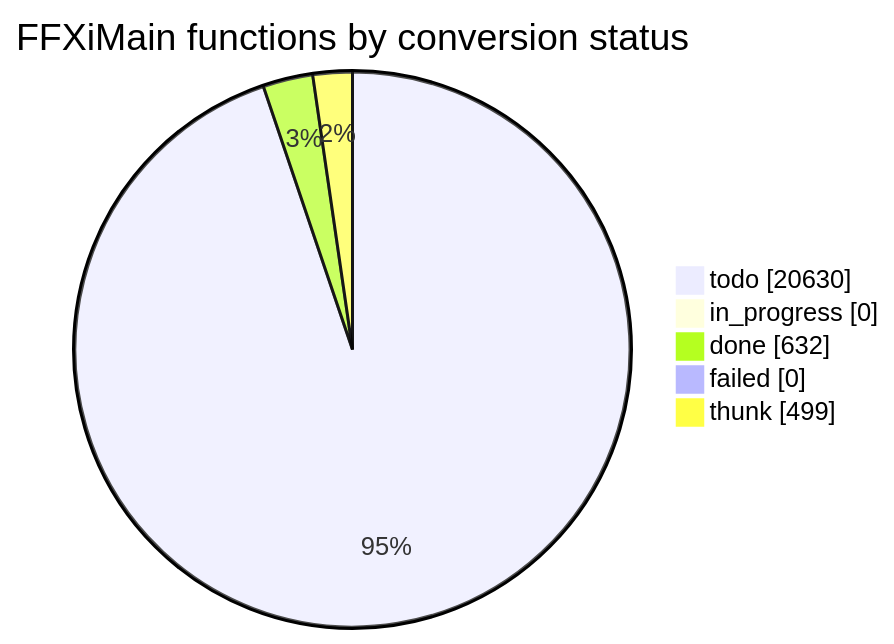
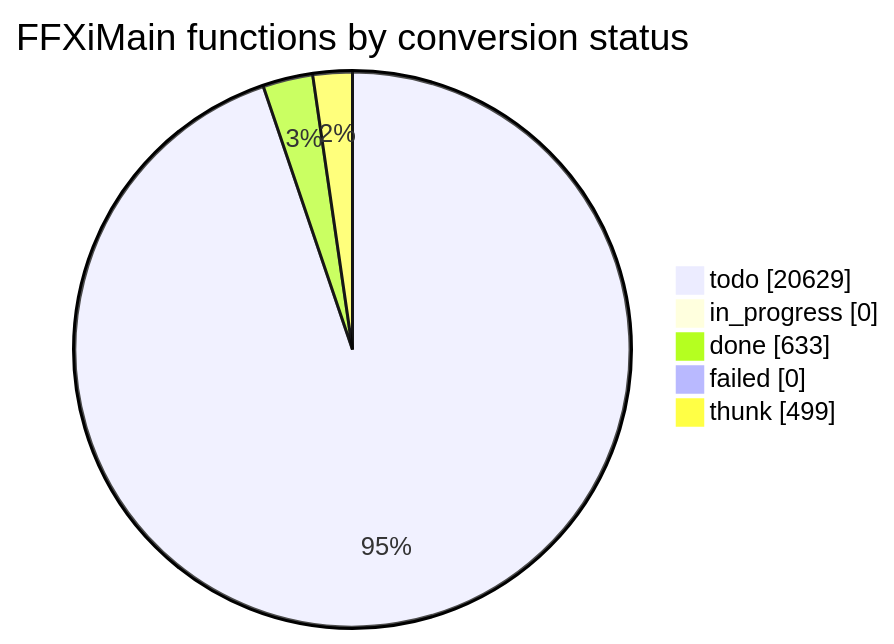
Before and after one commit to cowrevenge/cow_kuluu_xi_anything: the diagram in docs/cow/STATUS.md, drawn with Mermaid. The commit also changed other lines of this file and 9 other files, not shown here.

````diff
--- a/docs/cow/STATUS.md
+++ b/docs/cow/STATUS.md
@@ -18,9 +18,9 @@
 ```mermaid
 pie showData
     title FFXiMain functions by conversion status
-    "todo" : 20630
+    "todo" : 20629
     "in_progress" : 0
-    "done" : 632
+    "done" : 633
     "failed" : 0
     "thunk" : 499
 ```
````
